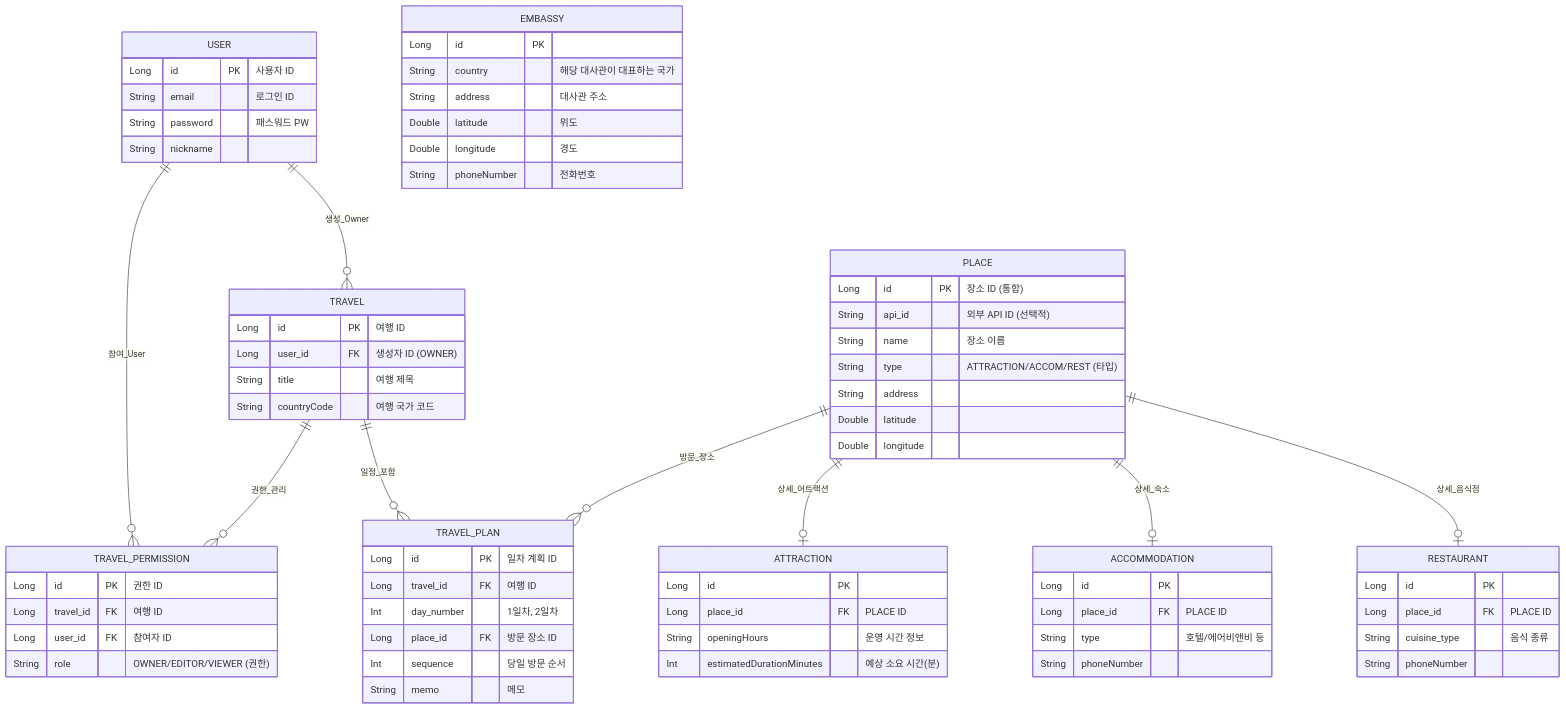
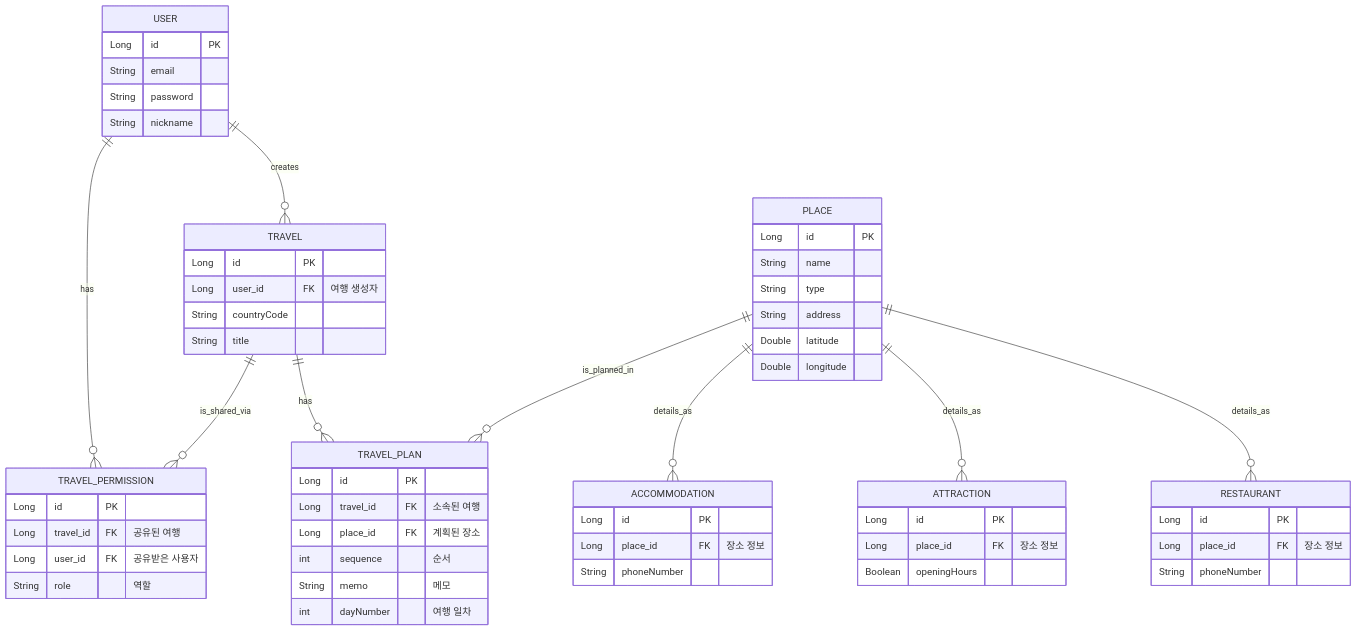
One commit to PPKK-Project/Tlan changed the diagram in 기록/ERD구조 개선.md. Above: the diagram before and after it, drawn with Mermaid. The commit also changed other lines of this file and 1 other file, not shown here.

Commit message:
API명세서 개선

````diff
--- a/기록/ERD구조 개선.md
+++ b/기록/ERD구조 개선.md
@@ -36,90 +36,69 @@
 ```mermaid
 erDiagram
-    %% 1. 사용자 및 권한 관리 (Core Identity & Access)
     USER {
-        Long id PK "사용자 ID"
-        String email "로그인 ID"
-        String password "패스워드 PW"
+        Long id PK
+        String email
+        String password
         String nickname
     }
 
     TRAVEL {
-        Long id PK "여행 ID"
-        Long user_id FK "생성자 ID (OWNER)"
-        String title "여행 제목"
-        String countryCode "여행 국가 코드"
+        Long id PK
+        Long user_id FK "여행 생성자"
+        String countryCode
+        String title
     }
 
     TRAVEL_PERMISSION {
-        Long id PK "권한 ID"
-        Long travel_id FK "여행 ID"
-        Long user_id FK "참여자 ID"
-        String role "OWNER/EDITOR/VIEWER (권한)"
+        Long id PK
+        Long travel_id FK "공유된 여행"
+        Long user_id FK "공유받은 사용자"
+        String role "역할"
     }
 
-    %% 2. 여행 계획 순서 및 장소 통합 관리 (Plan & Sequence)
     TRAVEL_PLAN {
-        Long id PK "일차 계획 ID"
-        Long travel_id FK "여행 ID"
-        Int day_number "1일차, 2일차"
-        Long place_id FK "방문 장소 ID"
-        Int sequence "당일 방문 순서"
+        Long id PK
+        Long travel_id FK "소속된 여행"
+        Long place_id FK "계획된 장소"
+        int sequence "순서"
         String memo "메모"
+        int dayNumber "여행 일차"
     }
 
     PLACE {
-        Long id PK "장소 ID (통합)"
-        String api_id "외부 API ID (선택적)"
-        String name "장소 이름"
-        String type "ATTRACTION/ACCOM/REST (타입)"
+        Long id PK
+        String name
+        String type
         String address
         Double latitude
         Double longitude
     }
 
-    %% 3. 장소 타입별 상세 정보 (1:1 Relationships with PLACE)
+    ACCOMMODATION {
+        Long id PK
+        Long place_id FK "장소 정보"
+        String phoneNumber
+    }
+
     ATTRACTION {
         Long id PK
-        Long place_id FK "PLACE ID"
-        String openingHours "운영 시간 정보"
-        Int estimatedDurationMinutes "예상 소요 시간(분)"
-    }
-    
-    ACCOMMODATION {
-        Long id PK
-        Long place_id FK "PLACE ID"
-        String type "호텔/에어비앤비 등"
-        String phoneNumber
+        Long place_id FK "장소 정보"
+        Boolean openingHours
     }
 
     RESTAURANT {
         Long id PK
-        Long place_id FK "PLACE ID"
-        String cuisine_type "음식 종류"
+        Long place_id FK "장소 정보"
         String phoneNumber
     }
 
-    %% 4. 독립된 대사관 정보
-    EMBASSY {
-        Long id PK
-        String country "해당 대사관이 대표하는 국가"
-        String address "대사관 주소"
-        Double latitude "위도"
-        Double longitude "경도"
-        String phoneNumber "전화번호"
-    }
+    USER ||--o{ TRAVEL : "creates"
+    USER ||--o{ TRAVEL_PERMISSION : "has"
+    TRAVEL ||--o{ TRAVEL_PERMISSION : "is_shared_via"
+    TRAVEL ||--o{ TRAVEL_PLAN : "has"
+    PLACE ||--o{ TRAVEL_PLAN : "is_planned_in"
+    PLACE ||--o{ ACCOMMODATION : "details_as"
+    PLACE ||--o{ ATTRACTION : "details_as"
+    PLACE ||--o{ RESTAURANT : "details_as"
 
-    %% 관계 재정의
-    USER ||--o{ TRAVEL : "생성_Owner"
-    USER ||--o{ TRAVEL_PERMISSION : "참여_User"
-    TRAVEL ||--o{ TRAVEL_PERMISSION : "권한_관리"
-    
-    TRAVEL ||--o{ TRAVEL_PLAN : "일정_포함"
-
-    PLACE ||--o{ TRAVEL_PLAN : "방문_장소"
-
-    %% 장소 상세 정보 (1:1 관계)
-    PLACE ||--o| ATTRACTION : "상세_어트랙션"
-    PLACE ||--o| ACCOMMODATION : "상세_숙소"
-    PLACE ||--o| RESTAURANT : "상세_음식점"
 ```
````
